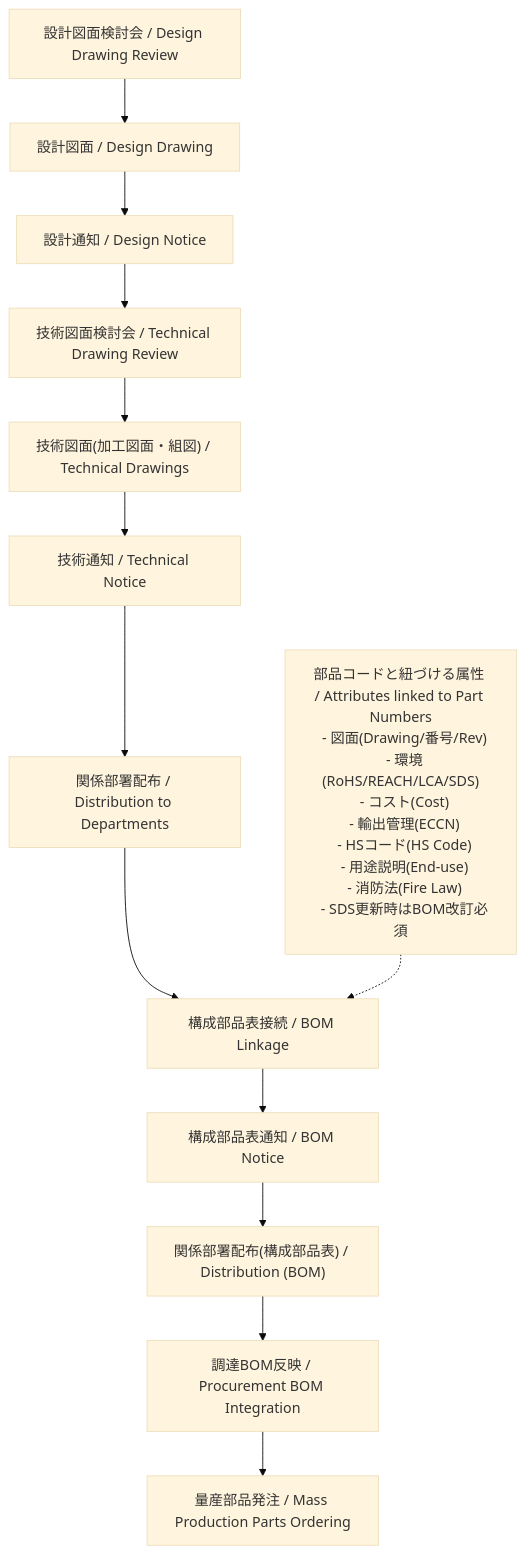
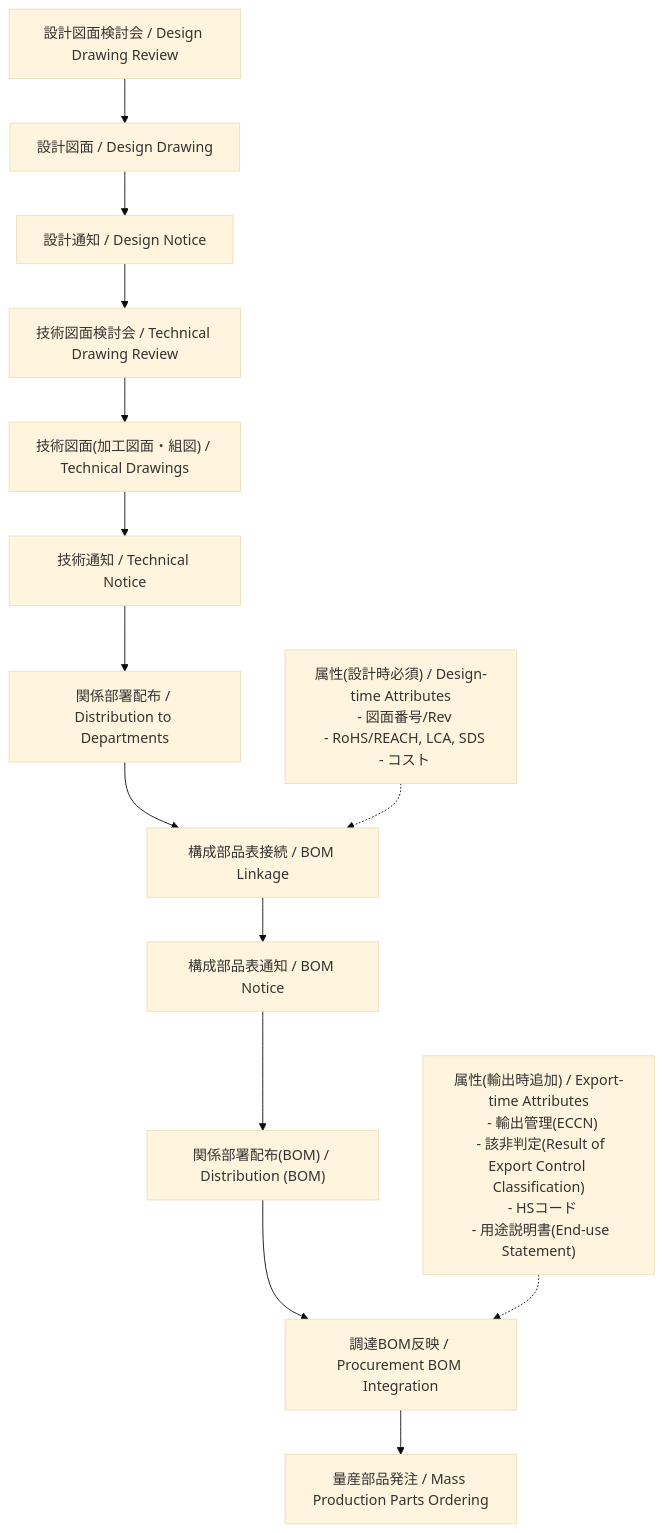
Before and after one commit to Samizo-AITL/EduMecha: the diagram in 08_production_process/production_process_flow.md, drawn with Mermaid (base theme).

````diff
--- a/08_production_process/production_process_flow.md
+++ b/08_production_process/production_process_flow.md
@@ -19,25 +19,27 @@
 ```mermaid
 flowchart TD
   A["設計図面検討会 / Design Drawing Review"] --> B["設計図面 / Design Drawing"]
   B --> C["設計通知 / Design Notice"]
   C --> D["技術図面検討会 / Technical Drawing Review"]
   D --> E["技術図面(加工図面・組図) / Technical Drawings"]
   E --> F["技術通知 / Technical Notice"]
   F --> G["関係部署配布 / Distribution to Departments"]
   G --> H["構成部品表接続 / BOM Linkage"]
   H --> I["構成部品表通知 / BOM Notice"]
-  I --> J["関係部署配布(構成部品表) / Distribution (BOM)"]
+  I --> J["関係部署配布(BOM) / Distribution (BOM)"]
   J --> K["調達BOM反映 / Procurement BOM Integration"]
   K --> L["量産部品発注 / Mass Production Parts Ordering"]
 
-  %% 横から入る属性群（06_bom_generation/3_attributes.md）
-  S["部品コードと紐づける属性 / Attributes linked to Part Numbers
-  - 図面(Drawing/番号/Rev)
-  - 環境(RoHS/REACH/LCA/SDS)
-  - コスト(Cost)
+  %% 設計段階で付与される属性
+  S1["属性(設計時必須) / Design-time Attributes
+  - 図面番号/Rev
+  - RoHS/REACH, LCA, SDS
+  - コスト"] -.-> H
+
+  %% 調達後、輸出時に追加される属性
+  S2["属性(輸出時追加) / Export-time Attributes
   - 輸出管理(ECCN)
-  - HSコード(HS Code)
-  - 用途説明(End-use)
-  - 消防法(Fire Law)
-  - SDS更新時はBOM改訂必須"] -.-> H
+  - 該非判定(Result of Export Control Classification)
+  - HSコード
+  - 用途説明書(End-use Statement)"] -.-> K
 ```
````
